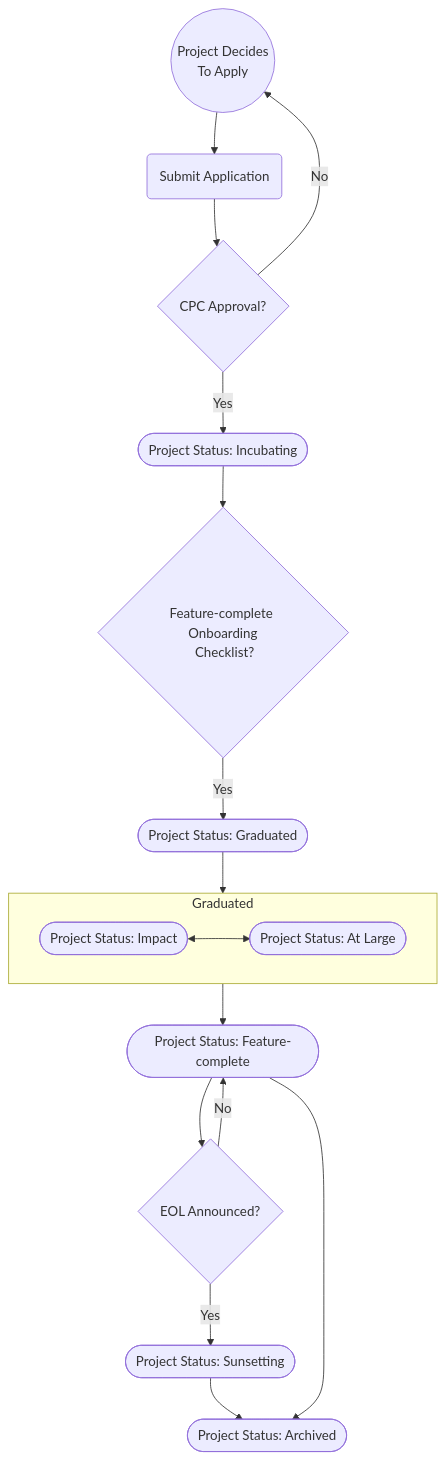
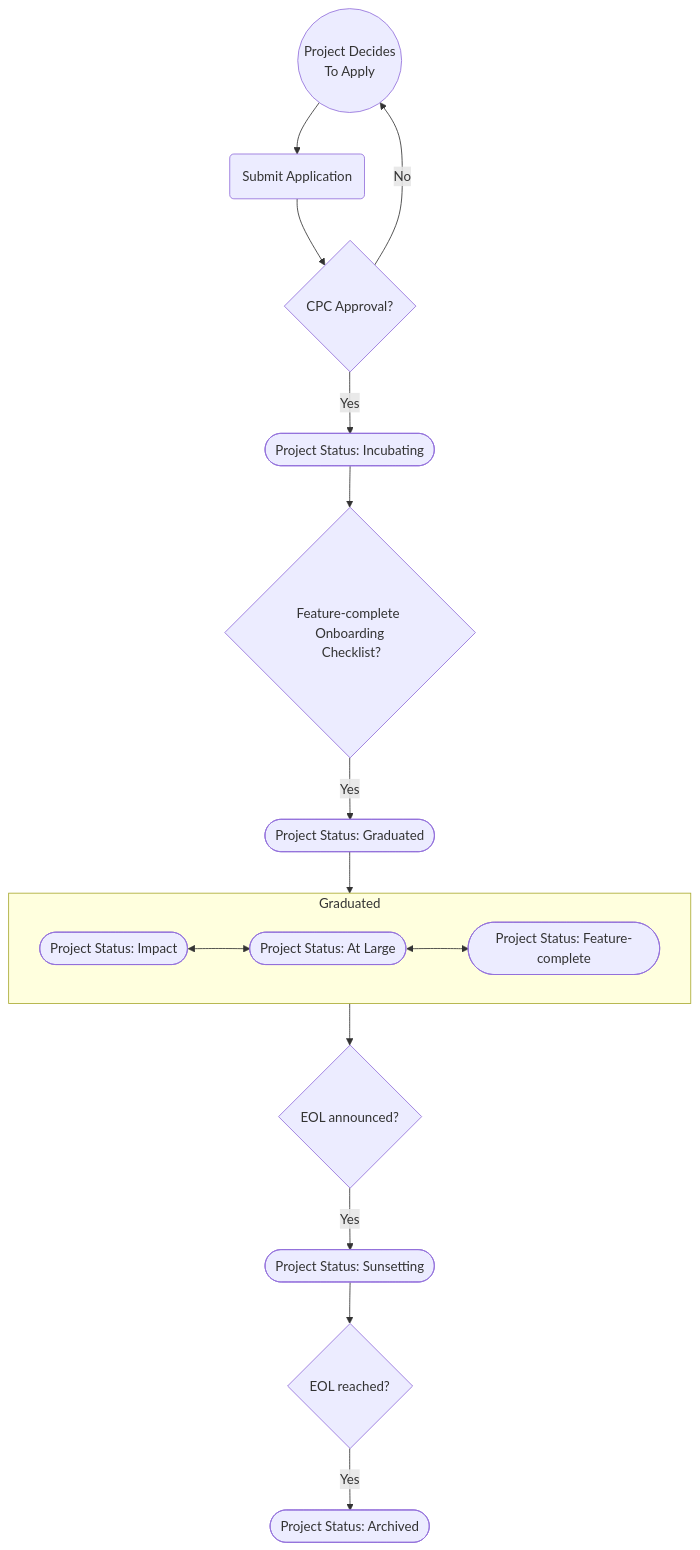
Before and after one commit to openjs-foundation/cross-project-council: the diagram in PROJECT_PROGRESSION.md, drawn with Mermaid. The commit also changed other lines of this file, not shown here.

````diff
--- a/PROJECT_PROGRESSION.md
+++ b/PROJECT_PROGRESSION.md
@@ -17,22 +17,20 @@
 ```mermaid
 
 flowchart TD
     A((Project Decides\nTo Apply)) --> 
     B(Submit Application)
     B --> C{CPC Approval?}    
     C --> |No|A
     C --> |Yes|D([Project Status: Incubating])
     D --> E{Feature-complete Onboarding\n Checklist?}
     E --> |Yes|F([Project Status: Graduated])
     F --> Graduated 
     subgraph Graduated
        direction LR
-       a([Project Status: Impact]) <--> b([Project Status: At Large])
+       a([Project Status: Impact]) <--> b([Project Status: At Large]) <--> G([Project Status: Feature-complete])
     end
-    Graduated --> G([Project Status: Feature-complete])
-    G --> J{EOL Announced?}
+    Graduated --> J{EOL announced?}
     J --> |Yes| H([Project Status: Sunsetting])
-    J --> |No| G
-    H --> I([Project Status: Archived])
-    G --> I
+    H --> K{EOL reached?}
+    K --> |Yes| I([Project Status: Archived])
 ```
````
